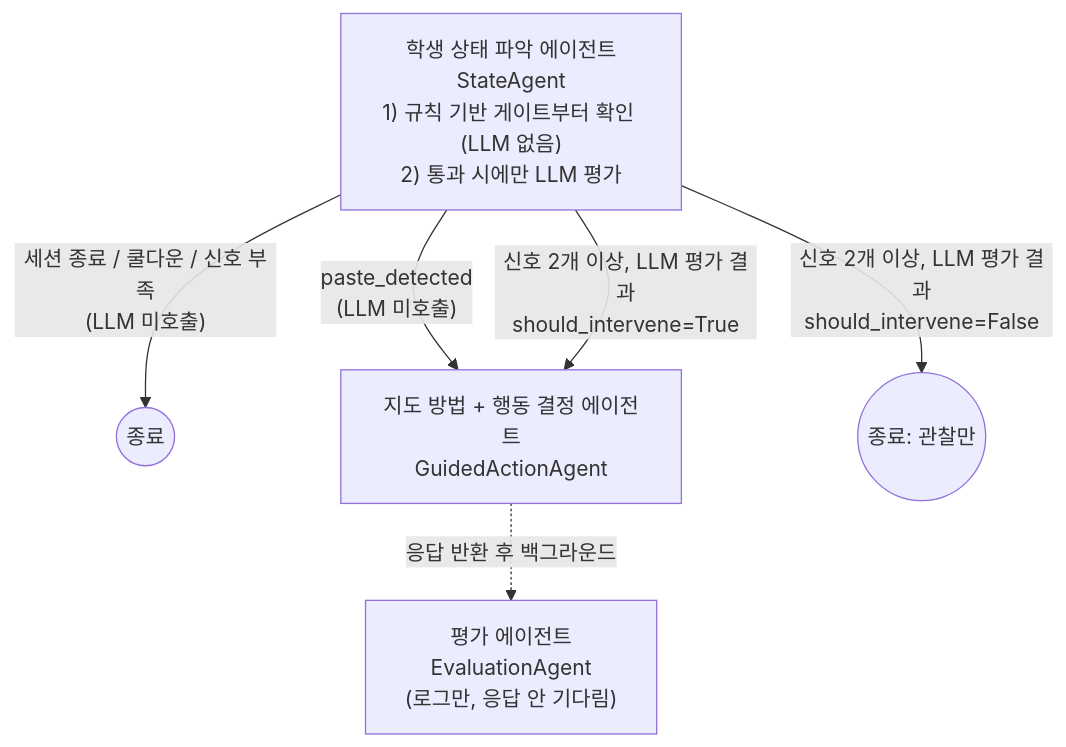
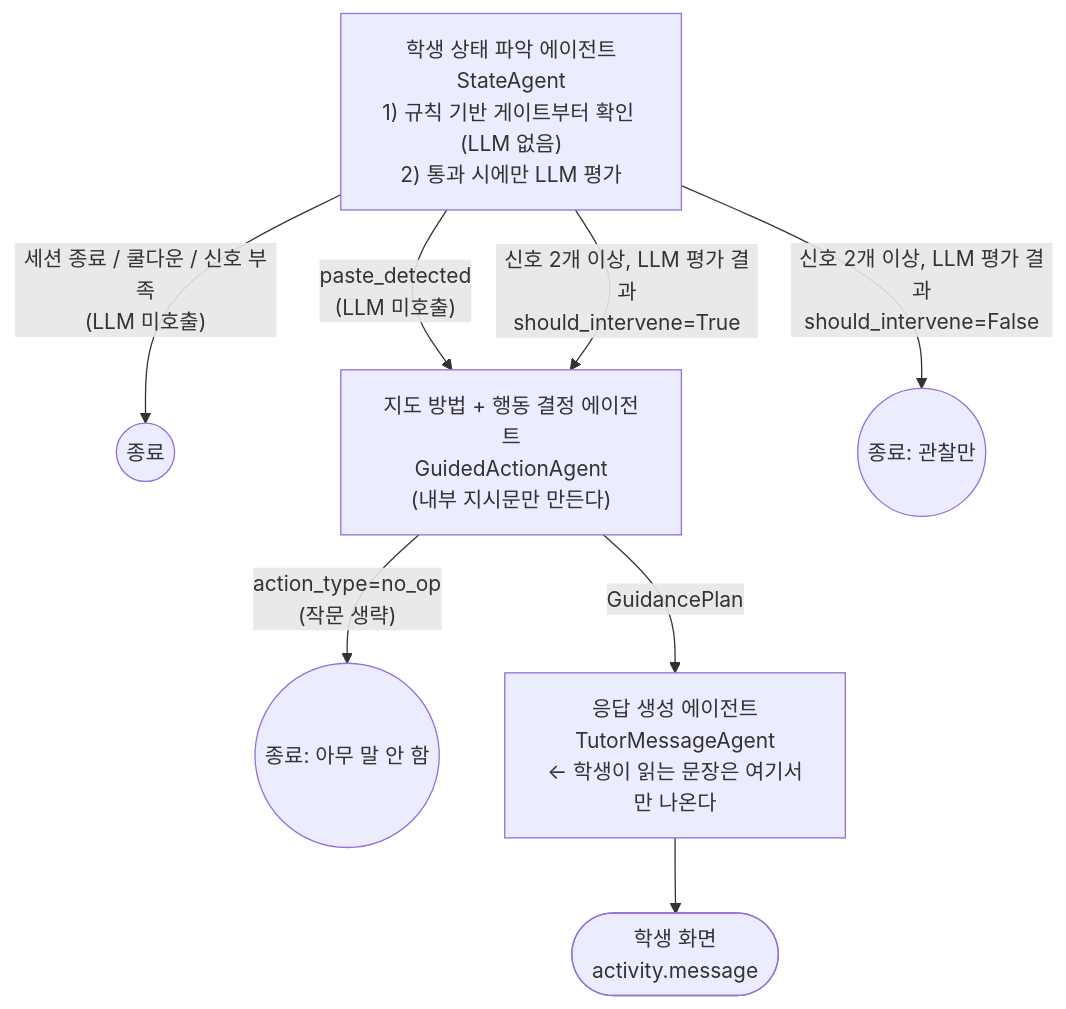
The first of 2 diagrams in agent/README.md (nxtcloud-edu/2026_KNUxKU_summer_camp_team04), drawn with Mermaid before and after one commit. The commit also changed other lines of this file and 37 other files, not shown here.

````diff
--- a/agent/README.md
+++ b/agent/README.md
@@ -47,9 +53,11 @@
 ```mermaid
 flowchart TD
     B["학생 상태 파악 에이전트<br/>StateAgent<br/>1) 규칙 기반 게이트부터 확인 (LLM 없음)<br/>2) 통과 시에만 LLM 평가"]
     B -->|"세션 종료 / 쿨다운 / 신호 부족<br/>(LLM 미호출)"| STOP1((종료))
     B -->|"paste_detected<br/>(LLM 미호출)"| C
     B -->|"신호 2개 이상, LLM 평가 결과<br/>should_intervene=False"| STOP2((종료: 관찰만))
-    B -->|"신호 2개 이상, LLM 평가 결과<br/>should_intervene=True"| C["지도 방법 + 행동 결정 에이전트<br/>GuidedActionAgent"]
-    C -.응답 반환 후 백그라운드.-> F["평가 에이전트<br/>EvaluationAgent<br/>(로그만, 응답 안 기다림)"]
+    B -->|"신호 2개 이상, LLM 평가 결과<br/>should_intervene=True"| C["지도 방법 + 행동 결정 에이전트<br/>GuidedActionAgent<br/>(내부 지시문만 만든다)"]
+    C -->|"action_type=no_op<br/>(작문 생략)"| STOP3((종료: 아무 말 안 함))
+    C -->|"GuidancePlan"| D["응답 생성 에이전트<br/>TutorMessageAgent<br/>← 학생이 읽는 문장은 여기서만 나온다"]
+    D --> E(["학생 화면<br/>activity.message"])
 ```
````
